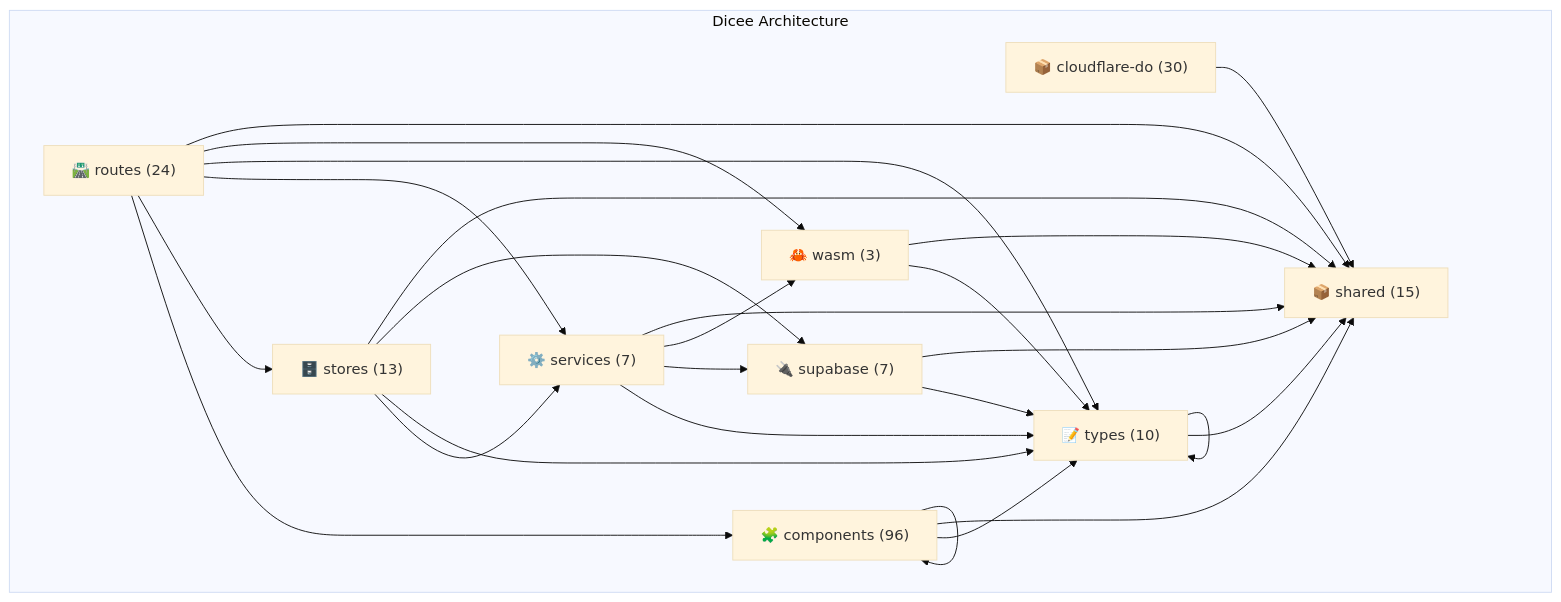
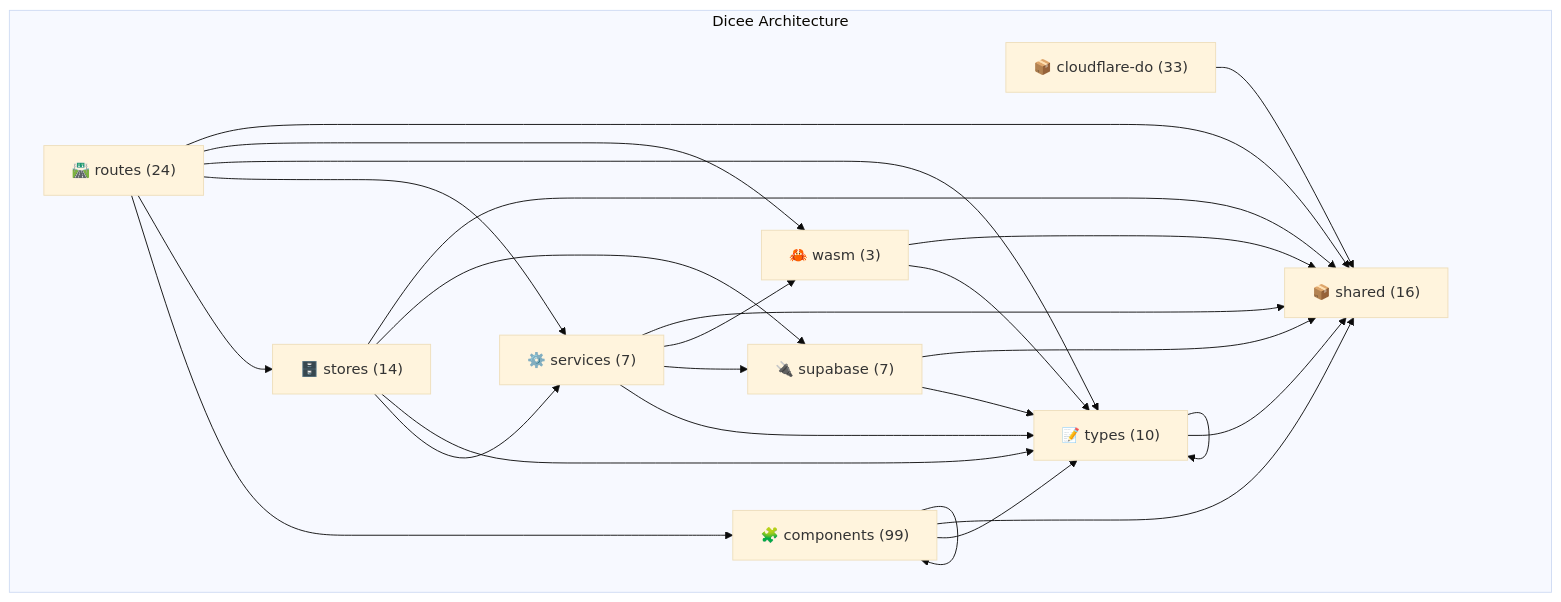
Before and after one commit to verlyn13/dicee: the diagram in docs/architecture/akg/diagrams/LAYER_ARCHITECTURE.md, drawn with Mermaid (base theme). The commit also changed other lines of this file and 38 other files, not shown here.

````diff
--- a/docs/architecture/akg/diagrams/LAYER_ARCHITECTURE.md
+++ b/docs/architecture/akg/diagrams/LAYER_ARCHITECTURE.md
@@ -16,39 +16,39 @@
 ```mermaid
 flowchart TB
     subgraph "Dicee Architecture"
-        shared["📦 shared (15)"]
-        cloudflare_do["📦 cloudflare-do (30)"]
+        shared["📦 shared (16)"]
+        cloudflare_do["📦 cloudflare-do (33)"]
         routes["🛣️ routes (24)"]
-        components["🧩 components (96)"]
-        stores["🗄️ stores (13)"]
+        components["🧩 components (99)"]
+        stores["🗄️ stores (14)"]
         services["⚙️ services (7)"]
         types["📝 types (10)"]
         supabase["🔌 supabase (7)"]
         wasm["🦀 wasm (3)"]
     end
 
     cloudflare_do --> shared
     routes --> components
     routes --> stores
     routes --> services
     routes --> types
     routes --> wasm
     routes --> shared
     components --> components
     components --> types
     components --> shared
     stores --> services
     stores --> types
     stores --> supabase
     stores --> shared
     services --> types
     services --> supabase
     services --> wasm
     services --> shared
     types --> types
     types --> shared
     supabase --> types
     supabase --> shared
     wasm --> types
     wasm --> shared
 ```
````
